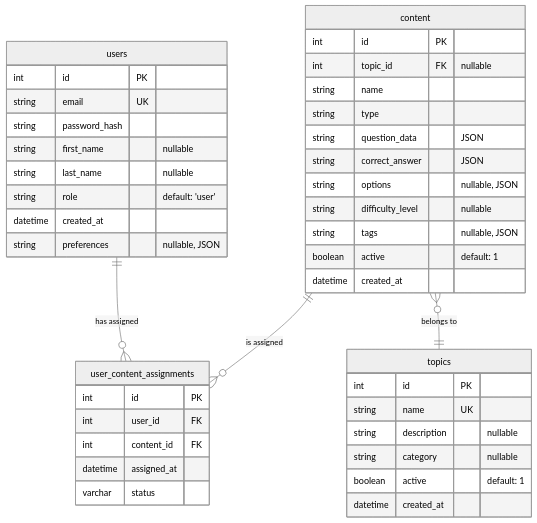
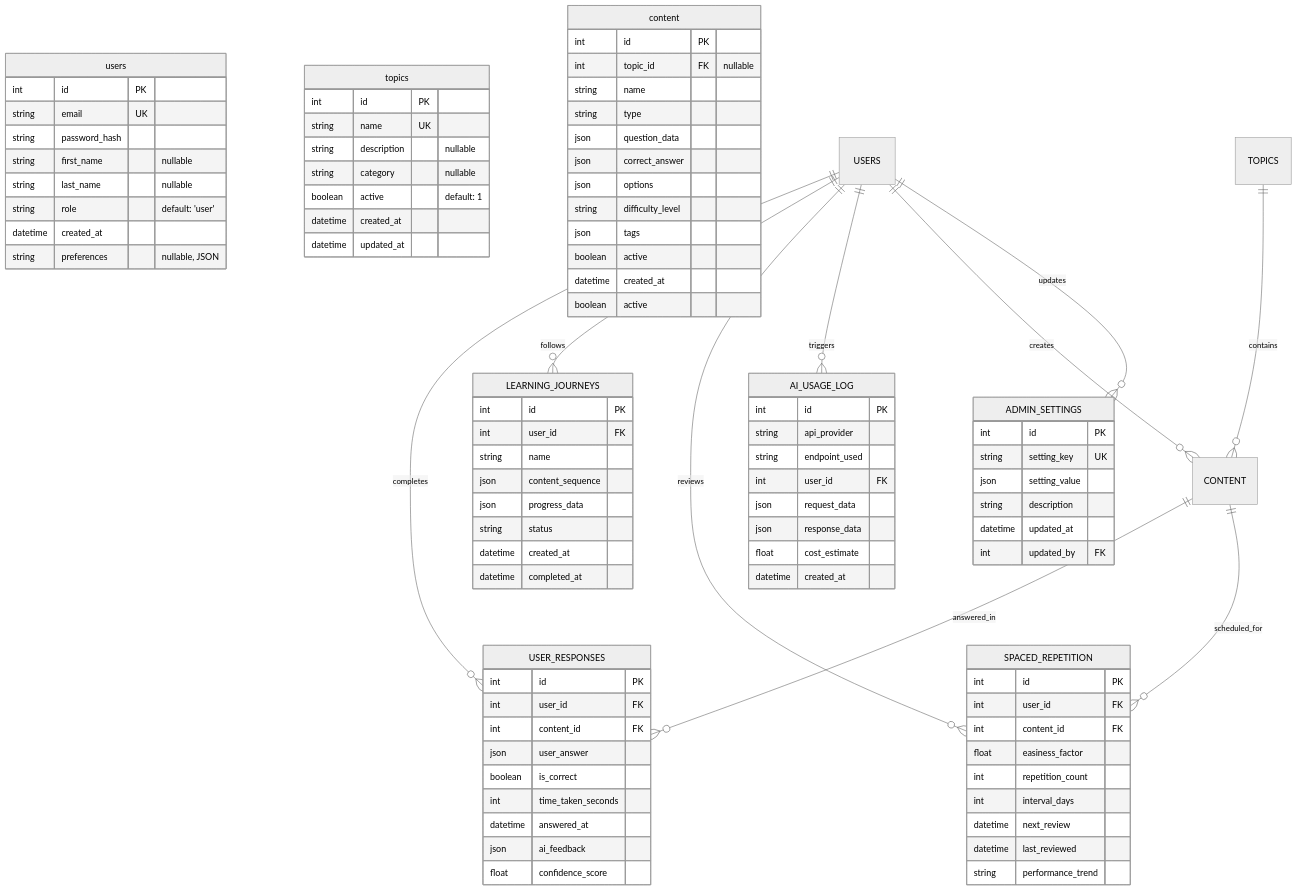
Before and after one commit to niklas-joh/french-learning-platform: the diagram in docs/development_docs/database_schema.mermaid, drawn with Mermaid (neutral theme).

Commit message:
docs(schema): Align ERD with current migrations
Corrects TOPICS and CONTENT table diagrams to match the actual schema in the migration files.
- Removes non-existent 'metadata' and 'created_by' fields.
- Adds missing 'updated_at' timestamps.

```diff
--- a/docs/development_docs/database_schema.mermaid
+++ b/docs/development_docs/database_schema.mermaid
@@ -1,46 +1,101 @@
 erDiagram
     users {
         int id PK
         string email UK
         string password_hash
         string first_name "nullable"
         string last_name "nullable"
         string role "default: 'user'"
         datetime created_at
         string preferences "nullable, JSON"
     }
 
     topics {
         int id PK
         string name UK
         string description "nullable"
         string category "nullable"
         boolean active "default: 1"
         datetime created_at
+        datetime updated_at
     }
 
     content {
         int id PK
         int topic_id FK "nullable"
         string name
         string type
-        string question_data "JSON"
-        string correct_answer "JSON"
-        string options "nullable, JSON"
-        string difficulty_level "nullable"
-        string tags "nullable, JSON"
-        boolean active "default: 1"
+        json question_data
+        json correct_answer
+        json options
+        string difficulty_level
+        json tags
+        boolean active
+        datetime created_at
+        boolean active
+    }
+
+    USER_RESPONSES {
+        int id PK
+        int user_id FK
+        int content_id FK
+        json user_answer
+        boolean is_correct
+        int time_taken_seconds
+        datetime answered_at
+        json ai_feedback
+        float confidence_score
+    }
+
+    LEARNING_JOURNEYS {
+        int id PK
+        int user_id FK
+        string name
+        json content_sequence
+        json progress_data
+        string status
+        datetime created_at
+        datetime completed_at
+    }
+
+    SPACED_REPETITION {
+        int id PK
+        int user_id FK
+        int content_id FK
+        float easiness_factor
+        int repetition_count
+        int interval_days
+        datetime next_review
+        datetime last_reviewed
+        string performance_trend
+    }
+
+    AI_USAGE_LOG {
+        int id PK
+        string api_provider
+        string endpoint_used
+        int user_id FK
+        json request_data
+        json response_data
+        float cost_estimate
         datetime created_at
     }
 
-    user_content_assignments {
+    ADMIN_SETTINGS {
         int id PK
-        int user_id FK
-        int content_id FK
-        datetime assigned_at
-        varchar status
+        string setting_key UK
+        json setting_value
+        string description
+        datetime updated_at
+        int updated_by FK
     }
 
-    content }o--|| topics : "belongs to"
-    users ||--o{ user_content_assignments : "has assigned"
-    content ||--o{ user_content_assignments : "is assigned"
+    USERS ||--o{ USER_RESPONSES : "completes"
+    USERS ||--o{ LEARNING_JOURNEYS : "follows"
+    USERS ||--o{ SPACED_REPETITION : "reviews"
+    USERS ||--o{ AI_USAGE_LOG : "triggers"
+    TOPICS ||--o{ CONTENT : "contains"
+    CONTENT ||--o{ USER_RESPONSES : "answered_in"
+    CONTENT ||--o{ SPACED_REPETITION : "scheduled_for"
+    USERS ||--o{ CONTENT : "creates"
+    USERS ||--o{ ADMIN_SETTINGS : "updates"
```
